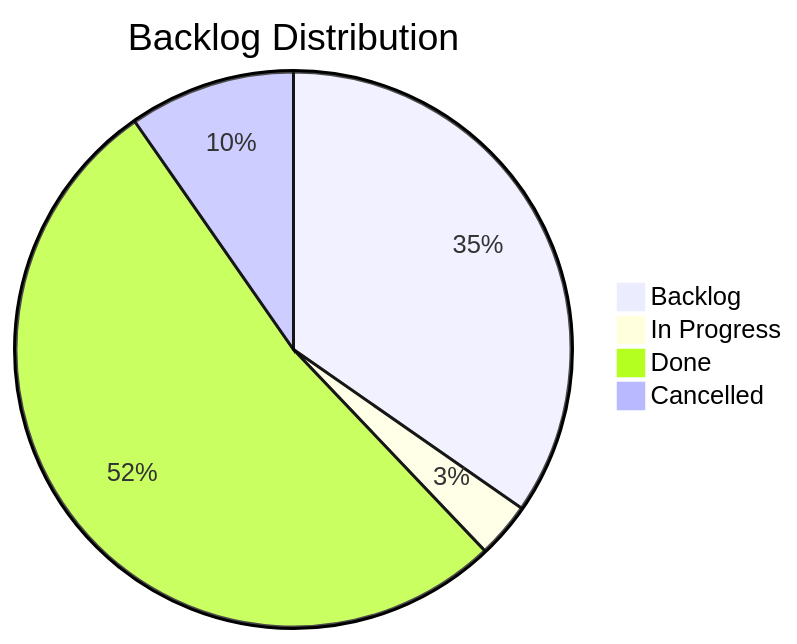
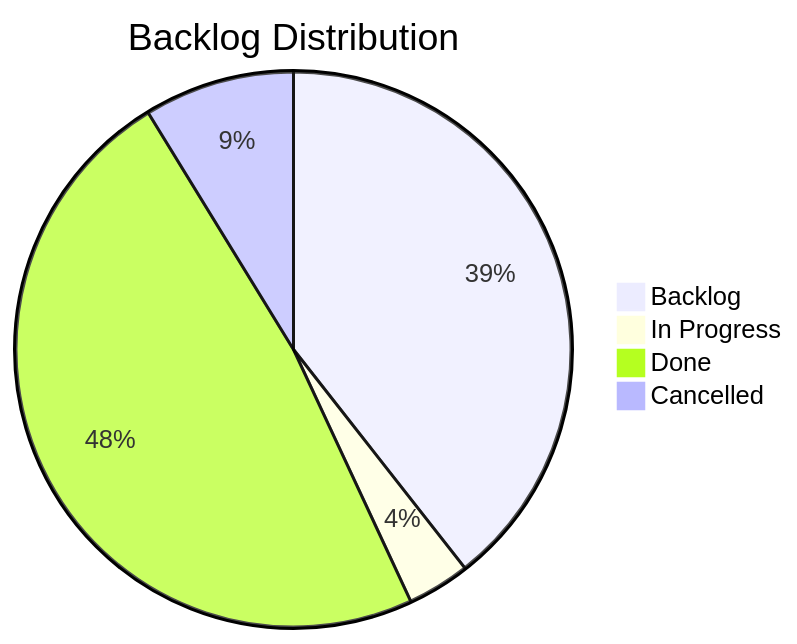
Before and after one commit to TheCodeCreature/Hytale-Example-Plugin: the diagram in docs/board.md, drawn with Mermaid. The commit also changed other lines of this file and 23 other files, not shown here.

````diff
--- a/docs/board.md
+++ b/docs/board.md
@@ -7,7 +7,7 @@
 ```mermaid
 pie title Backlog Distribution
-    "Backlog" : 43
-    "In Progress" : 4
-    "Done" : 65
+    "Backlog" : 54
+    "In Progress" : 5
+    "Done" : 66
     "Cancelled" : 12
 ```
````
